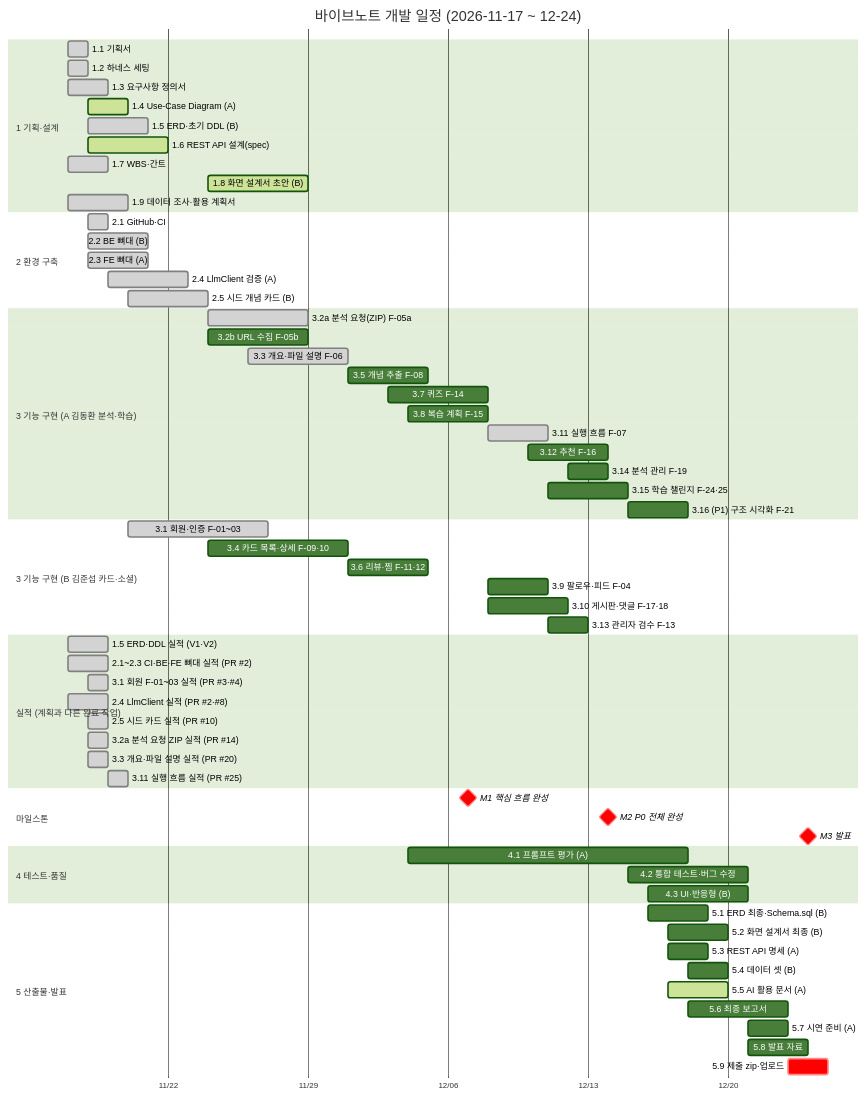
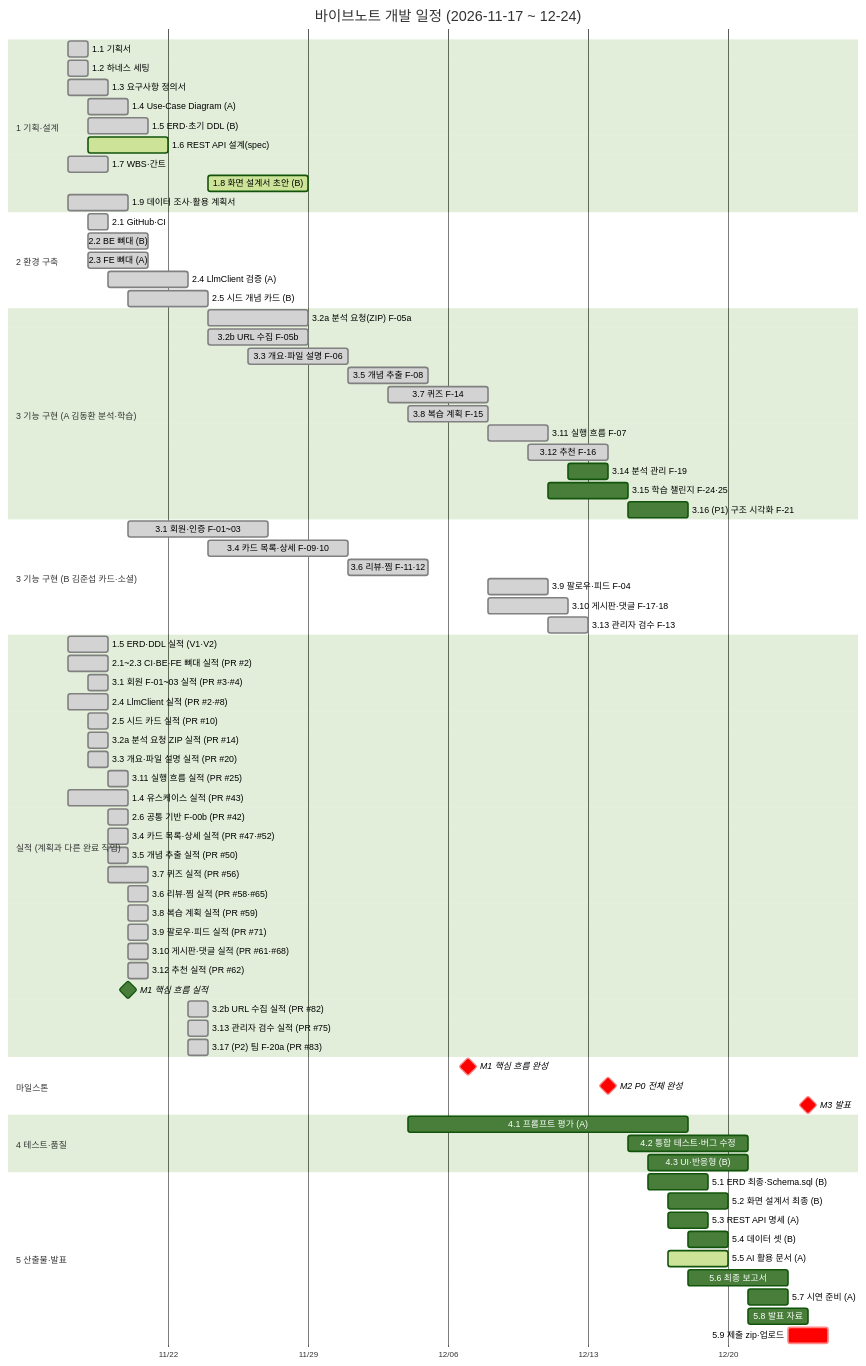
Before and after one commit to whans1996/final: the diagram in docs/산출물/05-간트차트.md, drawn with Mermaid (forest theme). The commit also changed other lines of this file and 2 other files, not shown here.

Commit message:
docs: 진행현황 갱신 (W1)
P0 18/21 완료, M1 핵심 흐름 11/20 달성. WBS·간트 실적을 11/23 develop 기준으로 맞춤
(3.2b·3.4~3.10·3.12·3.13 완료, 계획 외 2.6 F-00b·3.17 F-20a 추가)

```diff
--- a/docs/산출물/05-간트차트.md
+++ b/docs/산출물/05-간트차트.md
@@ -15,7 +15,7 @@
   1.1 기획서                     :done,    t11, 2026-11-17, 1d
   1.2 하네스 세팅                :done,    t12, 2026-11-17, 1d
   1.3 요구사항 정의서            :done,    t13, 2026-11-17, 2d
-  1.4 Use-Case Diagram (A)       :active,  t14, 2026-11-18, 2d
+  1.4 Use-Case Diagram (A)       :done,    t14, 2026-11-18, 2d
   1.5 ERD·초기 DDL (B)           :done,    t15, 2026-11-18, 3d
   1.6 REST API 설계(spec)        :active,  t16, 2026-11-18, 4d
   1.7 WBS·간트                   :done,    t17, 2026-11-17, 2d
@@ -31,24 +31,24 @@
 
   section 3 기능 구현 (A 김동환 분석·학습)
   3.2a 분석 요청(ZIP) F-05a     :done,    t32a, 2026-11-24, 5d
-  3.2b URL 수집 F-05b            :         t32b, 2026-11-24, 5d
+  3.2b URL 수집 F-05b            :done,    t32b, 2026-11-24, 5d
   3.3 개요·파일 설명 F-06        :done,    t33, 2026-11-26, 5d
-  3.5 개념 추출 F-08             :         t35, 2026-12-01, 4d
-  3.7 퀴즈 F-14                  :         t37, 2026-12-03, 5d
-  3.8 복습 계획 F-15             :         t38, 2026-12-04, 4d
+  3.5 개념 추출 F-08             :done,    t35, 2026-12-01, 4d
+  3.7 퀴즈 F-14                  :done,    t37, 2026-12-03, 5d
+  3.8 복습 계획 F-15             :done,    t38, 2026-12-04, 4d
   3.11 실행 흐름 F-07            :done,    t311, 2026-12-08, 3d
-  3.12 추천 F-16                 :         t312, 2026-12-10, 4d
+  3.12 추천 F-16                 :done,    t312, 2026-12-10, 4d
   3.14 분석 관리 F-19            :         t314, 2026-12-12, 2d
   3.15 학습 챌린지 F-24·25       :         t315, 2026-12-11, 4d
   3.16 (P1) 구조 시각화 F-21     :         t316, 2026-12-15, 3d
 
   section 3 기능 구현 (B 김준섭 카드·소셜)
   3.1 회원·인증 F-01~03          :done,    t31, 2026-11-20, 7d
-  3.4 카드 목록·상세 F-09·10     :         t34, 2026-11-24, 7d
-  3.6 리뷰·찜 F-11·12            :         t36, 2026-12-01, 4d
-  3.9 팔로우·피드 F-04           :         t39, 2026-12-08, 3d
-  3.10 게시판·댓글 F-17·18       :         t310, 2026-12-08, 4d
-  3.13 관리자 검수 F-13          :         t313, 2026-12-11, 2d
+  3.4 카드 목록·상세 F-09·10     :done,    t34, 2026-11-24, 7d
+  3.6 리뷰·찜 F-11·12            :done,    t36, 2026-12-01, 4d
+  3.9 팔로우·피드 F-04           :done,    t39, 2026-12-08, 3d
+  3.10 게시판·댓글 F-17·18       :done,    t310, 2026-12-08, 4d
+  3.13 관리자 검수 F-13          :done,    t313, 2026-12-11, 2d
 
   section 실적 (계획과 다른 완료 작업)
   1.5 ERD·DDL 실적 (V1·V2)       :done,    a15, 2026-11-17, 2d
@@ -59,6 +59,20 @@
   3.2a 분석 요청 ZIP 실적 (PR #14) :done,  a32a, 2026-11-18, 1d
   3.3 개요·파일 설명 실적 (PR #20) :done,  a33, 2026-11-18, 1d
   3.11 실행 흐름 실적 (PR #25)   :done,    a311, 2026-11-19, 1d
+  1.4 유스케이스 실적 (PR #43)   :done,    a14, 2026-11-17, 3d
+  2.6 공통 기반 F-00b (PR #42)   :done,    a26, 2026-11-19, 1d
+  3.4 카드 목록·상세 실적 (PR #47·#52) :done, a34, 2026-11-19, 1d
+  3.5 개념 추출 실적 (PR #50)    :done,    a35, 2026-11-19, 1d
+  3.7 퀴즈 실적 (PR #56)         :done,    a37, 2026-11-19, 2d
+  3.6 리뷰·찜 실적 (PR #58·#65)  :done,    a36, 2026-11-20, 1d
+  3.8 복습 계획 실적 (PR #59)    :done,    a38, 2026-11-20, 1d
+  3.9 팔로우·피드 실적 (PR #71)  :done,    a39, 2026-11-20, 1d
+  3.10 게시판·댓글 실적 (PR #61·#68) :done, a310, 2026-11-20, 1d
+  3.12 추천 실적 (PR #62)        :done,    a312, 2026-11-20, 1d
+  M1 핵심 흐름 실적              :milestone, am1, 2026-11-20, 0d
+  3.2b URL 수집 실적 (PR #82)    :done,    a32b, 2026-11-23, 1d
+  3.13 관리자 검수 실적 (PR #75) :done,    a313, 2026-11-23, 1d
+  3.17 (P2) 팀 F-20a (PR #83)    :done,    a317, 2026-11-23, 1d
 
   section 마일스톤
   M1 핵심 흐름 완성              :milestone, crit, m1, 2026-12-07, 0d
```
